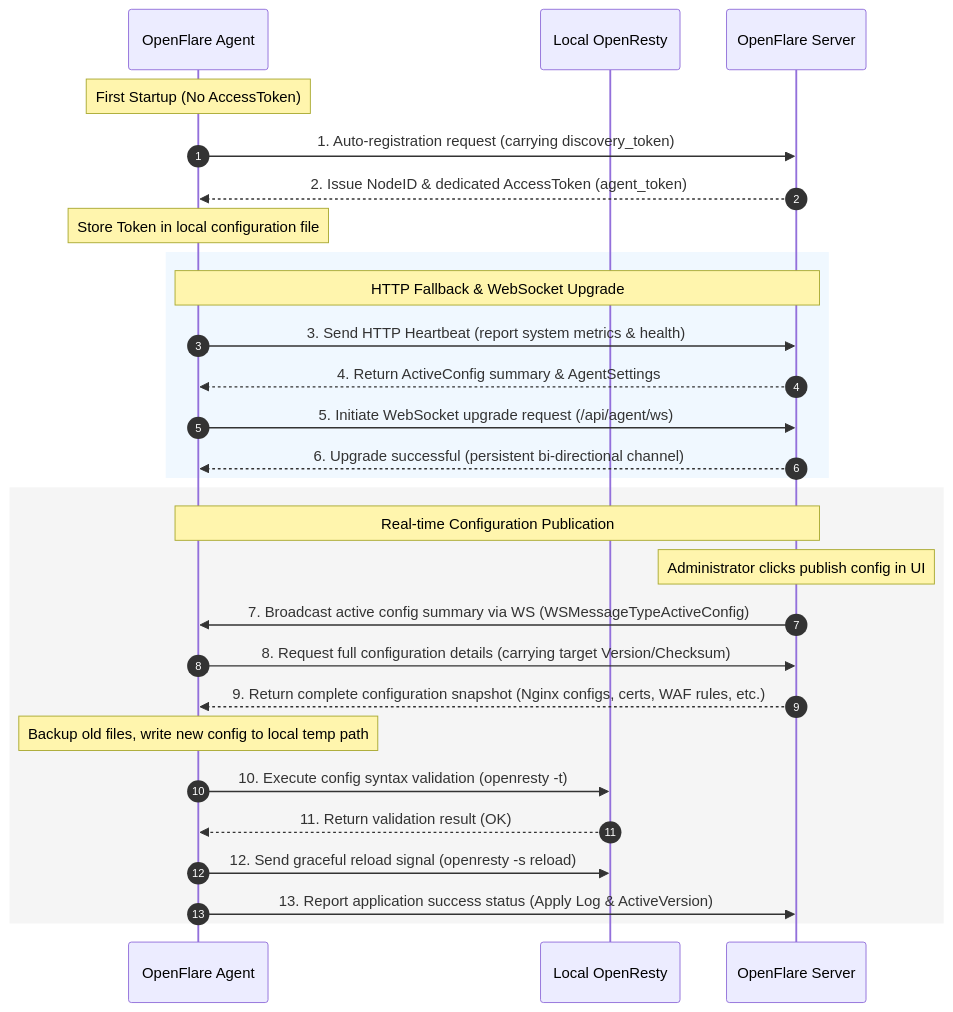
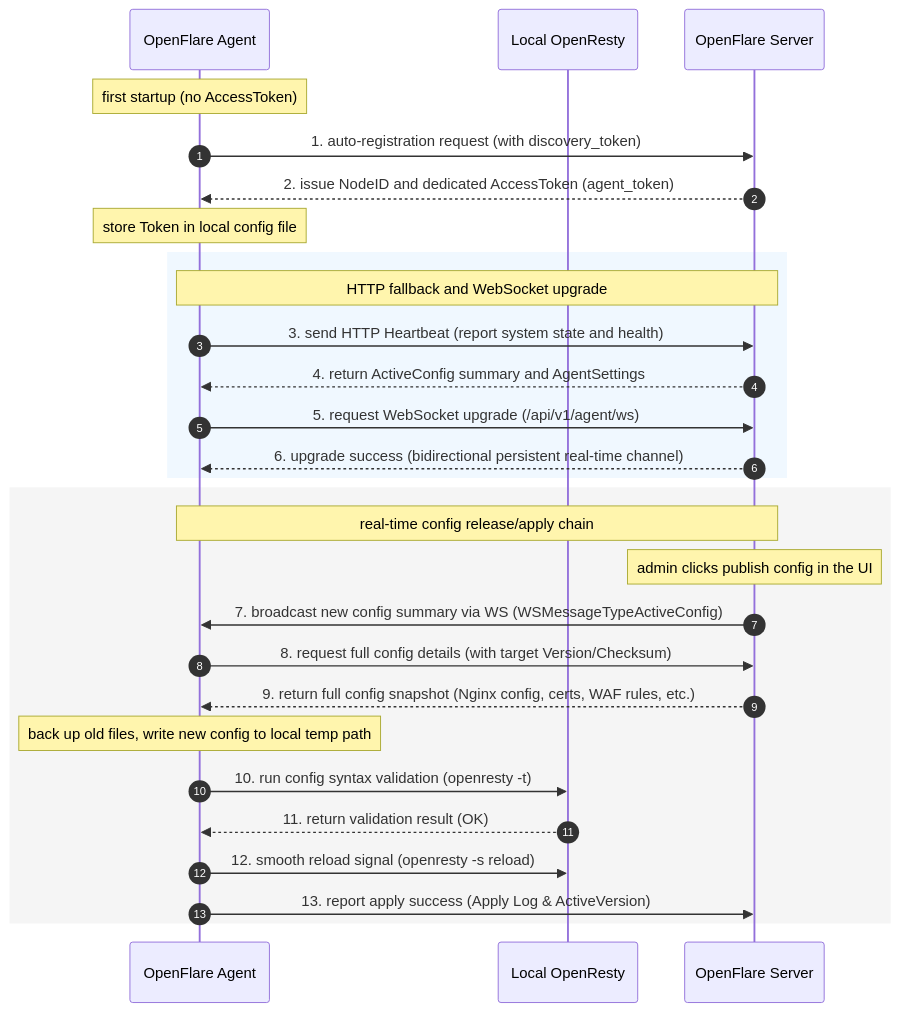
One commit to Rain-kl/OpenFlare changed the first of 2 diagrams in docs/en/design/agent-design.md. Above: the diagram before and after it, drawn with Mermaid. The commit also changed other lines of this file and 23 other files, not shown here.

````diff
--- a/docs/en/design/agent-design.md
+++ b/docs/en/design/agent-design.md
@@ -56,33 +54,33 @@
 ```mermaid
 sequenceDiagram
     autonumber
     participant Agent as OpenFlare Agent
     participant OR as Local OpenResty
     participant Server as OpenFlare Server
 
-    Note over Agent: First Startup (No AccessToken)
-    Agent->>Server: 1. Auto-registration request (carrying discovery_token)
-    Server-->>Agent: 2. Issue NodeID & dedicated AccessToken (agent_token)
-    Note over Agent: Store Token in local configuration file
+    Note over Agent: first startup (no AccessToken)
+    Agent->>Server: 1. auto-registration request (with discovery_token)
+    Server-->>Agent: 2. issue NodeID and dedicated AccessToken (agent_token)
+    Note over Agent: store Token in local config file
 
     rect rgb(240, 248, 255)
-        Note over Agent, Server: HTTP Fallback & WebSocket Upgrade
-        Agent->>Server: 3. Send HTTP Heartbeat (report system metrics & health)
-        Server-->>Agent: 4. Return ActiveConfig summary & AgentSettings
-        Agent->>Server: 5. Initiate WebSocket upgrade request (/api/agent/ws)
-        Server-->>Agent: 6. Upgrade successful (persistent bi-directional channel)
+        Note over Agent, Server: HTTP fallback and WebSocket upgrade
+        Agent->>Server: 3. send HTTP Heartbeat (report system state and health)
+        Server-->>Agent: 4. return ActiveConfig summary and AgentSettings
+        Agent->>Server: 5. request WebSocket upgrade (/api/v1/agent/ws)
+        Server-->>Agent: 6. upgrade success (bidirectional persistent real-time channel)
     end
 
     rect rgb(245, 245, 245)
-        Note over Agent, Server: Real-time Configuration Publication
-        Note over Server: Administrator clicks publish config in UI
-        Server->>Agent: 7. Broadcast active config summary via WS (WSMessageTypeActiveConfig)
-        Agent->>Server: 8. Request full configuration details (carrying target Version/Checksum)
-        Server-->>Agent: 9. Return complete configuration snapshot (Nginx configs, certs, WAF rules, etc.)
-        Note over Agent: Backup old files, write new config to local temp path
-        Agent->>OR: 10. Execute config syntax validation (openresty -t)
-        OR-->>Agent: 11. Return validation result (OK)
-        Agent->>OR: 12. Send graceful reload signal (openresty -s reload)
-        Agent->>Server: 13. Report application success status (Apply Log & ActiveVersion)
+        Note over Agent, Server: real-time config release/apply chain
+        Note over Server: admin clicks publish config in the UI
+        Server->>Agent: 7. broadcast new config summary via WS (WSMessageTypeActiveConfig)
+        Agent->>Server: 8. request full config details (with target Version/Checksum)
+        Server-->>Agent: 9. return full config snapshot (Nginx config, certs, WAF rules, etc.)
+        Note over Agent: back up old files, write new config to local temp path
+        Agent->>OR: 10. run config syntax validation (openresty -t)
+        OR-->>Agent: 11. return validation result (OK)
+        Agent->>OR: 12. smooth reload signal (openresty -s reload)
+        Agent->>Server: 13. report apply success (Apply Log & ActiveVersion)
     end
 ```
````
